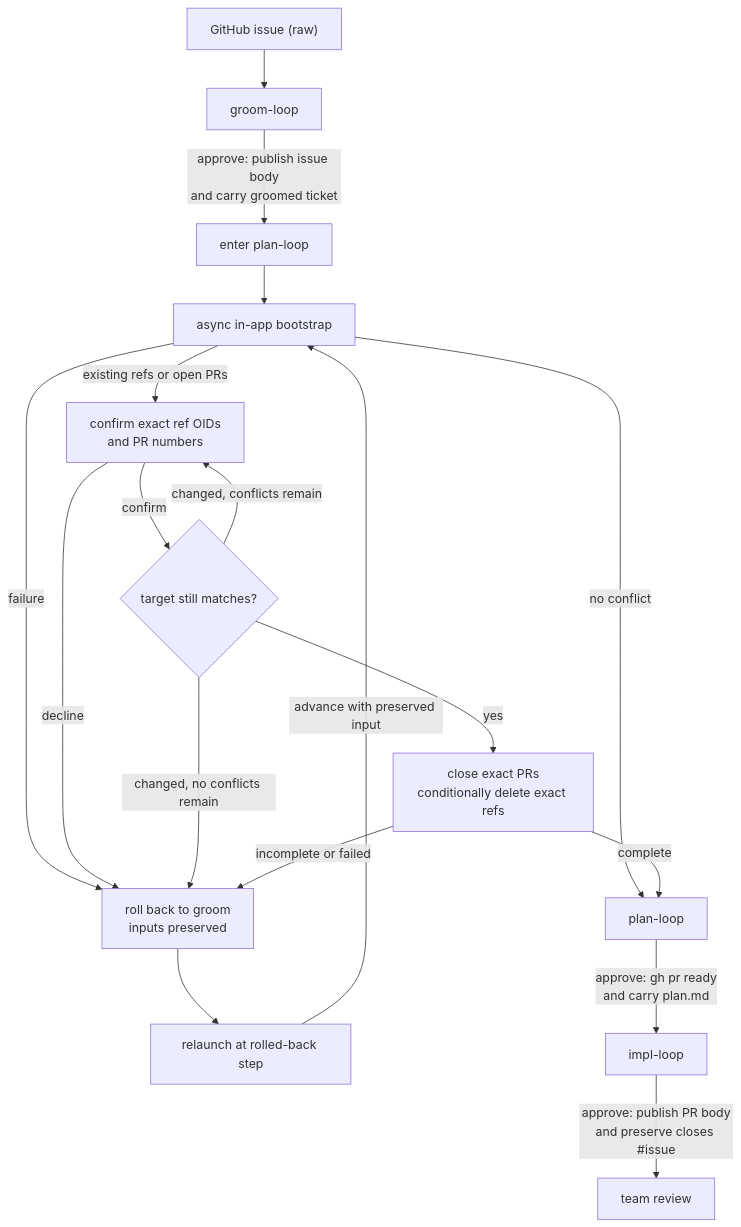
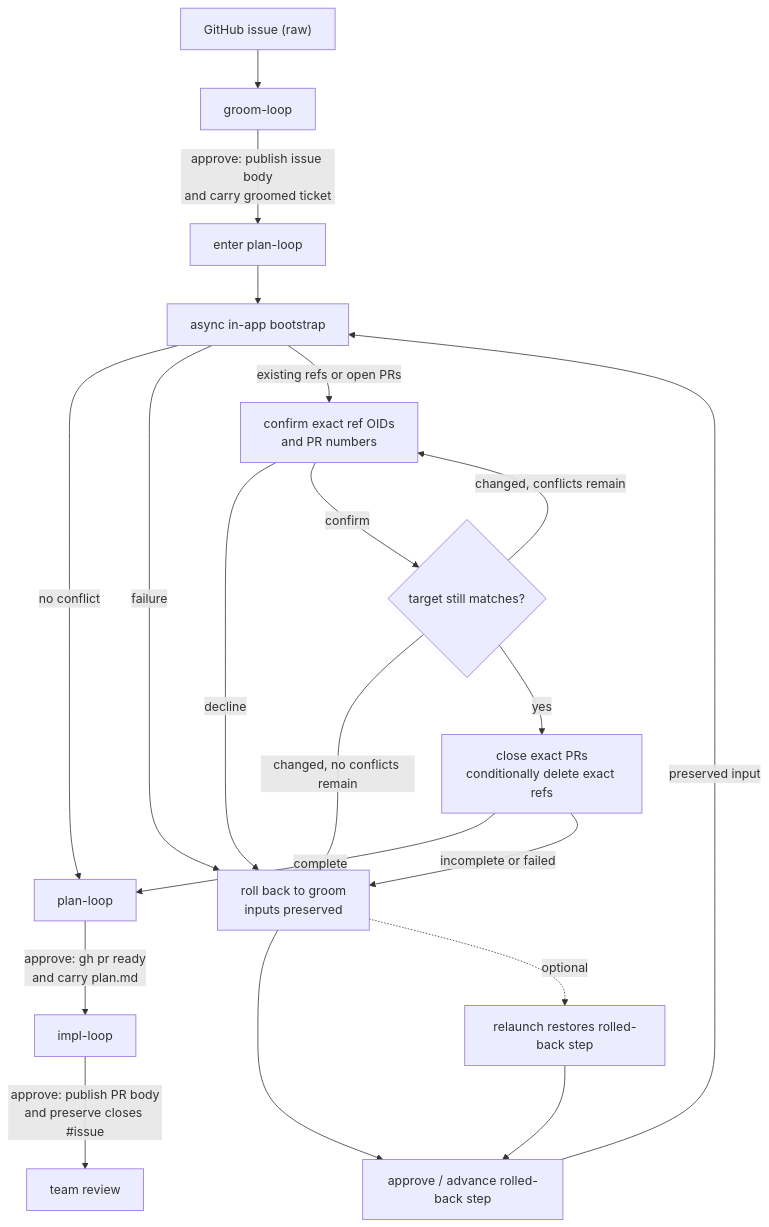
One commit to dylanb/agent-terminal changed the second of 2 diagrams in docs/spec/27-in-terminal-loop-engine-the-live-design.md. Above: the diagram before and after it, drawn with Mermaid. The commit also changed 30 other files, not shown here.

````diff
--- a/docs/spec/27-in-terminal-loop-engine-the-live-design.md
+++ b/docs/spec/27-in-terminal-loop-engine-the-live-design.md
@@ -134,20 +134,22 @@
 ```mermaid
 flowchart TD
   RAW["GitHub issue (raw)"] --> G["groom-loop"]
   G -->|"approve: publish issue body<br/>and carry groomed ticket"| PE["enter plan-loop"]
   PE --> BOOT["async in-app bootstrap"]
   BOOT -->|"no conflict"| P["plan-loop"]
   BOOT -->|"failure"| RB["roll back to groom<br/>inputs preserved"]
   BOOT -->|"existing refs or open PRs"| CF["confirm exact ref OIDs<br/>and PR numbers"]
   CF -->|"decline"| RB
   CF -->|"confirm"| CHECK{"target still matches?"}
   CHECK -->|"changed, conflicts remain"| CF
   CHECK -->|"changed, no conflicts remain"| RB
   CHECK -->|"yes"| WIPE["close exact PRs<br/>conditionally delete exact refs"]
   WIPE -->|"complete"| P
   WIPE -->|"incomplete or failed"| RB
-  RB --> RELAUNCH["relaunch at rolled-back step"]
-  RELAUNCH -->|"advance with preserved input"| BOOT
+  RB --> RETRY["approve / advance rolled-back step"]
+  RB -.->|"optional"| RELAUNCH["relaunch restores rolled-back step"]
+  RELAUNCH --> RETRY
+  RETRY -->|"preserved input"| BOOT
   P -->|"approve: gh pr ready<br/>and carry plan.md"| I["impl-loop"]
   I -->|"approve: publish PR body<br/>and preserve closes #issue"| TR["team review"]
 ```
````
